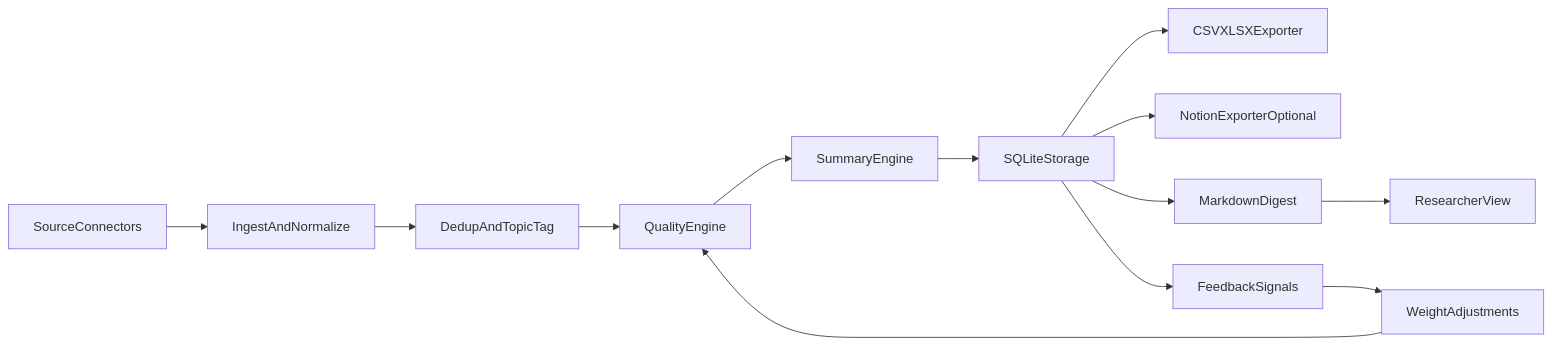
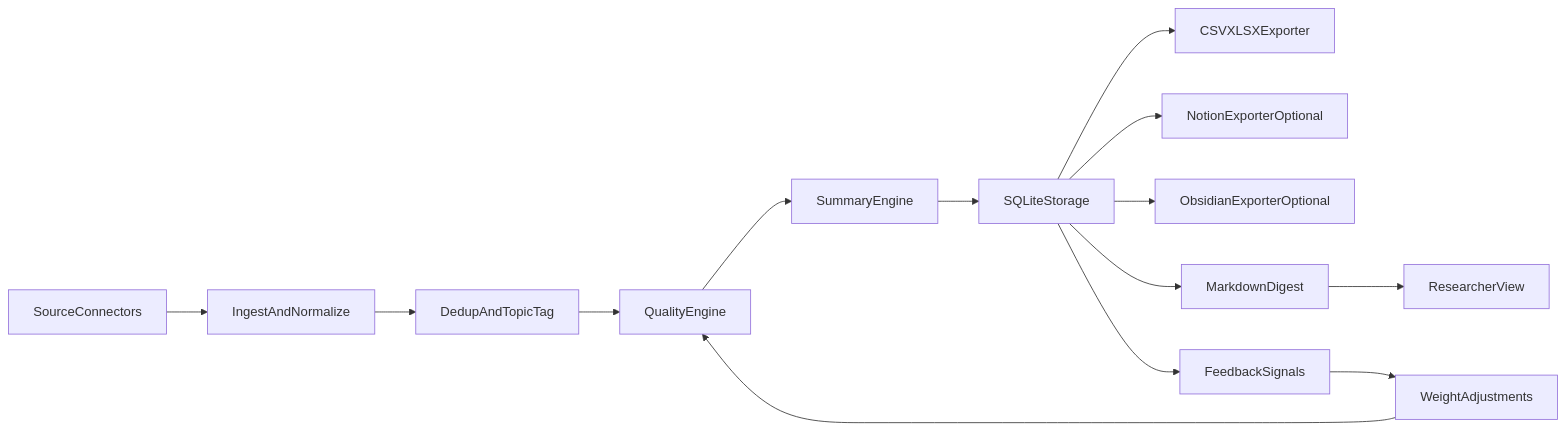
One commit to TxWu09/Paper-Recommender changed the diagram in README.md. Above: the diagram before and after it, drawn with Mermaid. The commit also changed other lines of this file and 3 other files, not shown here.

````diff
--- a/README.md
+++ b/README.md
@@ -20,15 +20,16 @@
 ```mermaid
 flowchart LR
   sourceConnectors[SourceConnectors] --> ingestStage[IngestAndNormalize]
   ingestStage --> dedupStage[DedupAndTopicTag]
   dedupStage --> qualityEngine[QualityEngine]
   qualityEngine --> summaryEngine[SummaryEngine]
   summaryEngine --> storageLayer[SQLiteStorage]
   storageLayer --> sheetExporter[CSVXLSXExporter]
   storageLayer --> notionExporter[NotionExporterOptional]
+  storageLayer --> obsidianExporter[ObsidianExporterOptional]
   storageLayer --> pushDispatcher[MarkdownDigest]
   pushDispatcher --> researcherView[ResearcherView]
   storageLayer --> feedbackStore[FeedbackSignals]
   feedbackStore --> feedbackAdjust[WeightAdjustments]
   feedbackAdjust --> qualityEngine
 ```
````
